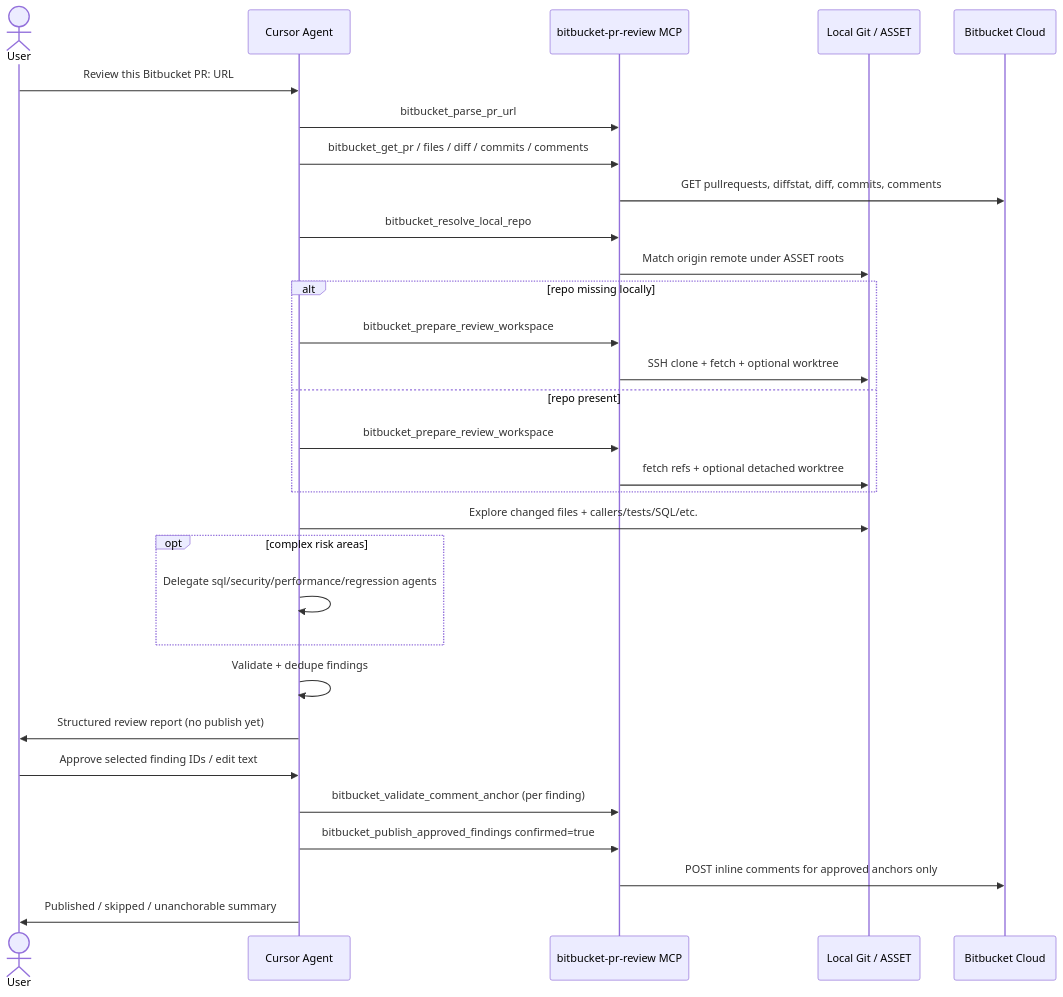
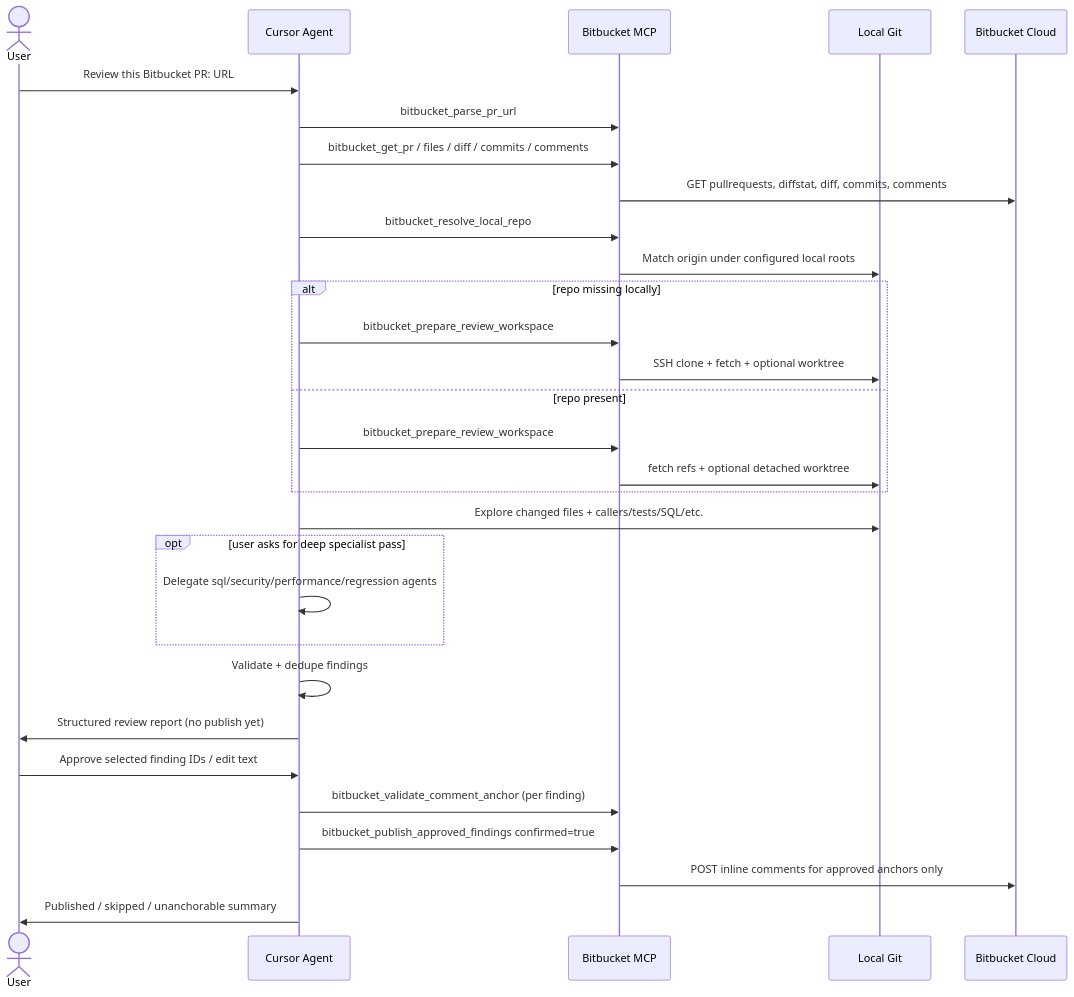
One commit to kashishparmar02/OmniDev changed the first of 6 diagrams in docs/guides/bitbucket-review/flows.md. Above: the diagram before and after it, drawn with Mermaid. The commit also changed other lines of this file and 29 other files, not shown here.

````diff
--- a/docs/guides/bitbucket-review/flows.md
+++ b/docs/guides/bitbucket-review/flows.md
@@ -5,33 +5,33 @@
 ```mermaid
 sequenceDiagram
   actor U as User
   participant A as Cursor Agent
-  participant M as bitbucket-pr-review MCP
-  participant G as Local Git / ASSET
+  participant M as Bitbucket MCP
+  participant G as Local Git
   participant B as Bitbucket Cloud
 
   U->>A: Review this Bitbucket PR: URL
   A->>M: bitbucket_parse_pr_url
   A->>M: bitbucket_get_pr / files / diff / commits / comments
   M->>B: GET pullrequests, diffstat, diff, commits, comments
   A->>M: bitbucket_resolve_local_repo
-  M->>G: Match origin remote under ASSET roots
+  M->>G: Match origin under configured local roots
   alt repo missing locally
     A->>M: bitbucket_prepare_review_workspace
     M->>G: SSH clone + fetch + optional worktree
   else repo present
     A->>M: bitbucket_prepare_review_workspace
     M->>G: fetch refs + optional detached worktree
   end
   A->>G: Explore changed files + callers/tests/SQL/etc.
-  opt complex risk areas
+  opt user asks for deep specialist pass
     A->>A: Delegate sql/security/performance/regression agents
   end
   A->>A: Validate + dedupe findings
   A->>U: Structured review report (no publish yet)
   U->>A: Approve selected finding IDs / edit text
   A->>M: bitbucket_validate_comment_anchor (per finding)
   A->>M: bitbucket_publish_approved_findings confirmed=true
   M->>B: POST inline comments for approved anchors only
   A->>U: Published / skipped / unanchorable summary
 ```
````
